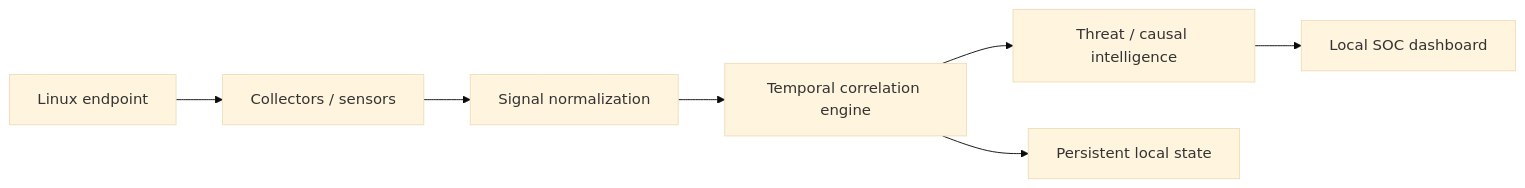
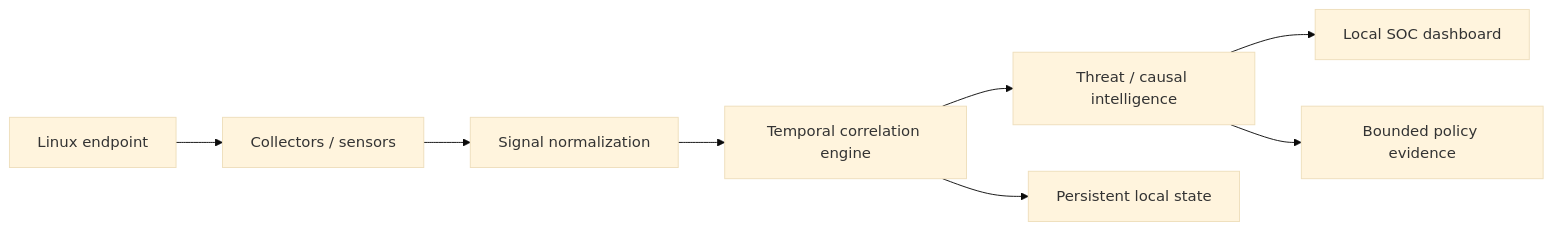
Before and after one commit to BurhanAbdullah/HC-Meter: the diagram in README.md, drawn with Mermaid (base theme). The commit also changed other lines of this file, not shown here.

Commit message:
Synchronize README roadmap with validated capabilities

````diff
--- a/README.md
+++ b/README.md
@@ -163,9 +166,10 @@
 ```mermaid
 flowchart LR
     A[Linux endpoint] --> B[Collectors / sensors]
     B --> C[Signal normalization]
     C --> D[Temporal correlation engine]
     D --> E[Threat / causal intelligence]
     E --> F[Local SOC dashboard]
     D --> G[Persistent local state]
+    E --> H[Bounded policy evidence]
 ```
````
